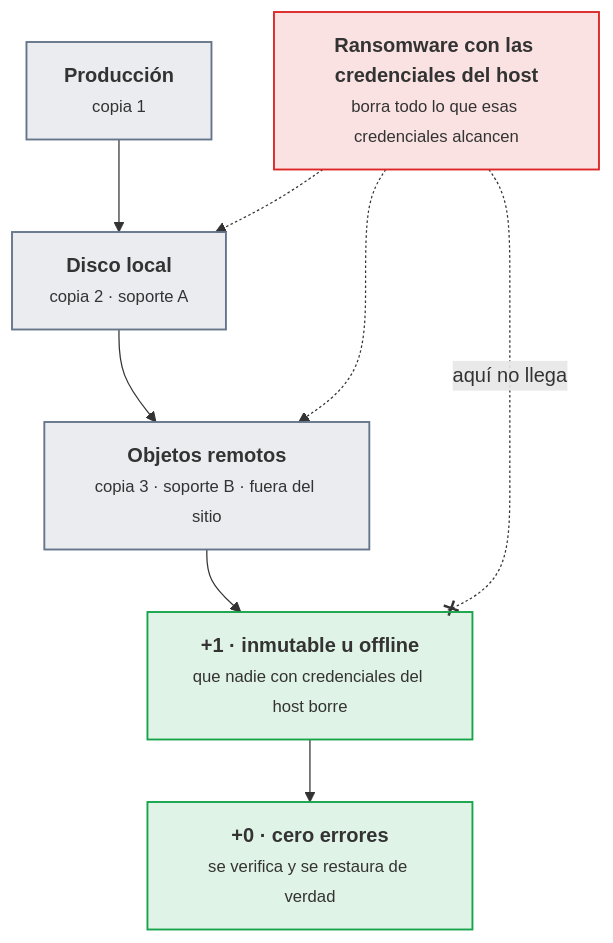
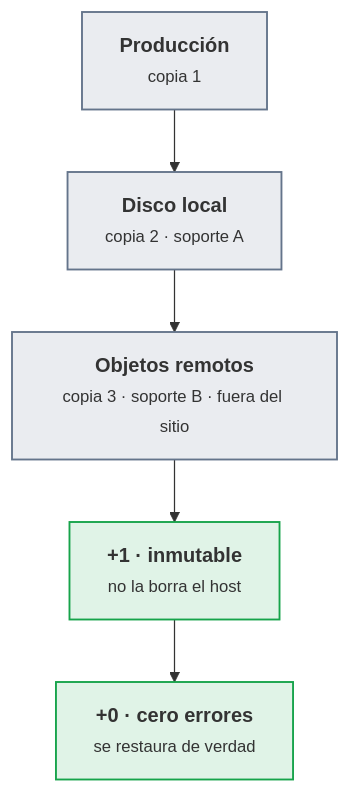
One commit to victor-educ/apuntes-5169 changed the first of 2 diagrams in docs/ut/ut6-copias-seguridad.md. Above: the diagram before and after it, drawn with Mermaid. The commit also changed other lines of this file and 6 other files, not shown here.

````diff
--- a/docs/ut/ut6-copias-seguridad.md
+++ b/docs/ut/ut6-copias-seguridad.md
@@ -96,19 +74,11 @@
 ```mermaid
 flowchart TB
     P["<b>Producción</b><br><small>copia 1</small>"]:::pieza
     L["<b>Disco local</b><br><small>copia 2 · soporte A</small>"]:::pieza
     O["<b>Objetos remotos</b><br><small>copia 3 · soporte B · fuera del sitio</small>"]:::pieza
-    I["<b>+1 · inmutable u offline</b><br><small>que nadie con credenciales del host borre</small>"]:::ok
-    V["<b>+0 · cero errores</b><br><small>se verifica y se restaura de verdad</small>"]:::ok
-    RAN["<b>Ransomware con las credenciales del host</b><br><small>borra todo lo que esas credenciales alcancen</small>"]:::riesgo
+    I["<b>+1 · inmutable</b><br><small>no la borra el host</small>"]:::ok
+    V["<b>+0 · cero errores</b><br><small>se restaura de verdad</small>"]:::ok
     P --> L --> O --> I --> V
-    RAN -.-> L
-    RAN -.-> O
-    RAN -. "aquí no llega" .-x I
-    classDef act fill:#ea580c22,stroke:#ea580c,stroke-width:1.5px
     classDef pieza fill:#64748b22,stroke:#64748b,stroke-width:1.5px
-    classDef dato fill:#2563eb22,stroke:#2563eb,stroke-width:1.5px
-    classDef infra fill:#a1a1aa14,stroke:#a1a1aa,stroke-width:1.5px
     classDef ok fill:#16a34a22,stroke:#16a34a,stroke-width:1.5px
-    classDef riesgo fill:#dc262622,stroke:#dc2626,stroke-width:1.5px
 ```
````
